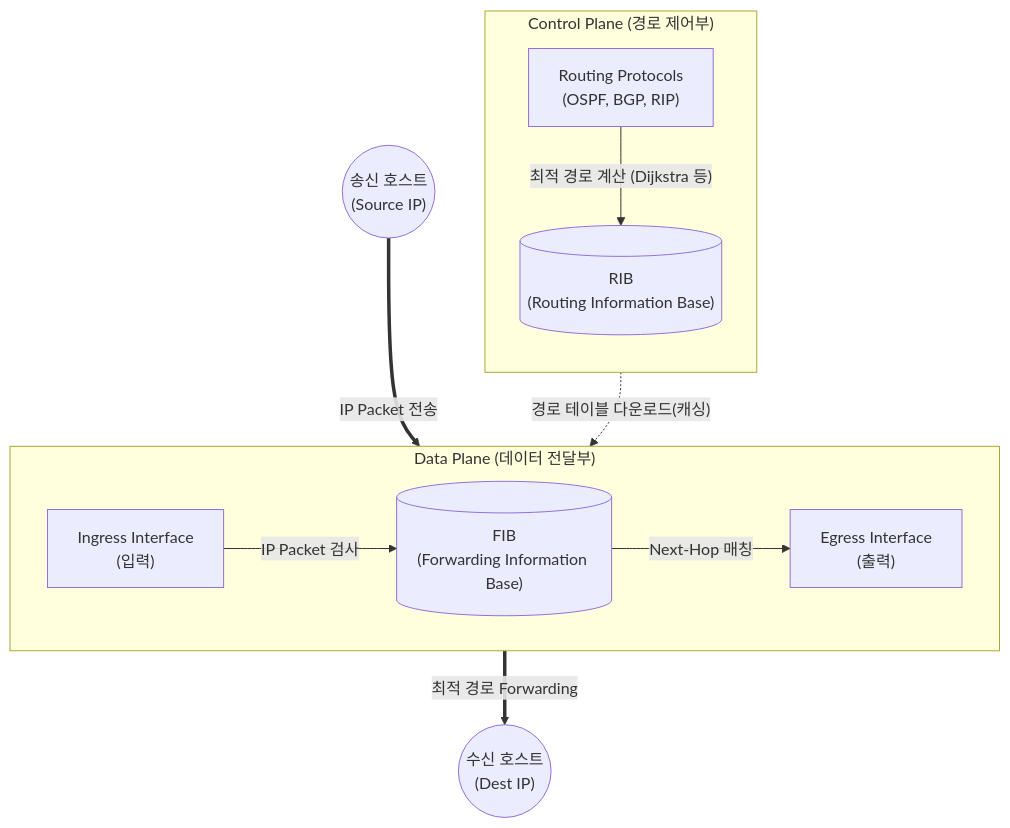
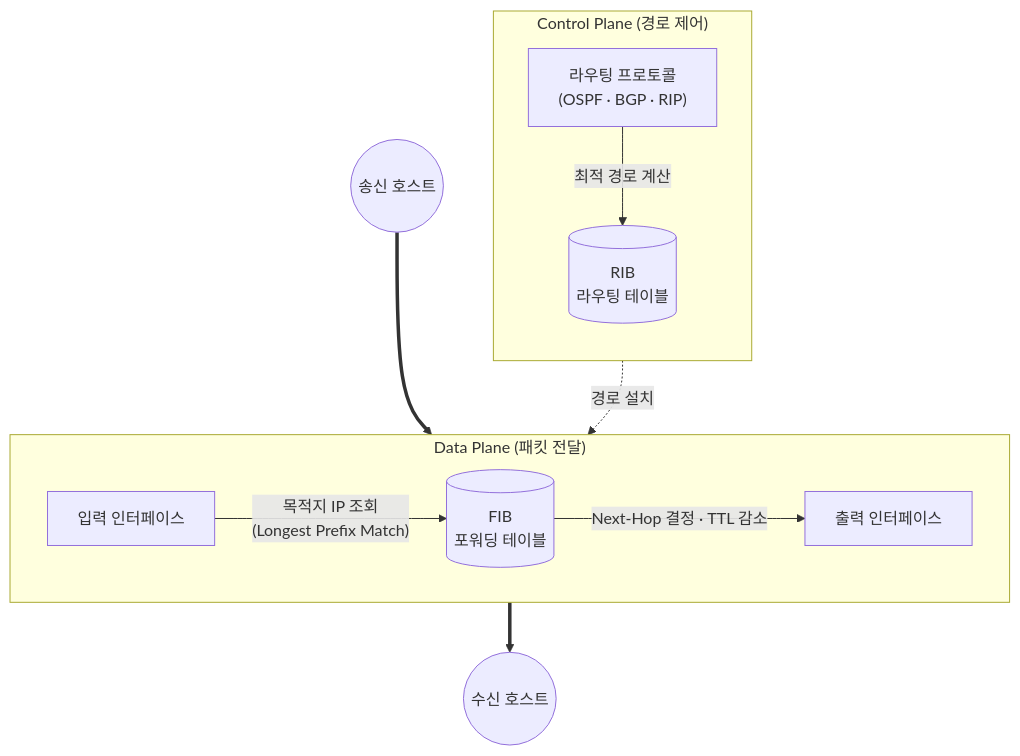
The diagram in content/01_IT Tech/네트워크 계층.md (supremethumb/supremethumb.github.io), drawn with Mermaid before and after one commit. The commit also changed other lines of this file and 1087 other files, not shown here.

````diff
--- a/content/01_IT Tech/네트워크 계층.md
+++ b/content/01_IT Tech/네트워크 계층.md
@@ -23,25 +38,15 @@
 ```mermaid
 flowchart TB
-    subgraph Control_Plane["Control Plane (경로 제어부)"]
+    subgraph CP["Control Plane (경로 제어)"]
         direction TB
-        RP["Routing Protocols<br/>(OSPF, BGP, RIP)"]
-        RIB[("RIB<br/>(Routing Information Base)")]
-        RP -->|"최적 경로 계산 (Dijkstra 등)"| RIB
+        RP["라우팅 프로토콜<br/>(OSPF · BGP · RIP)"] -->|"최적 경로 계산"| RIB[("RIB<br/>라우팅 테이블")]
     end
-
-    subgraph Data_Plane["Data Plane (데이터 전달부)"]
+    subgraph DP["Data Plane (패킷 전달)"]
         direction LR
-        FIB[("FIB<br/>(Forwarding Information Base)")]
-        IF_IN["Ingress Interface<br/>(입력)"]
-        IF_OUT["Egress Interface<br/>(출력)"]
-        
-        IF_IN -->|"IP Packet 검사"| FIB
-        FIB -->|"Next-Hop 매칭"| IF_OUT
+        IN["입력 인터페이스"] -->|"목적지 IP 조회<br/>(Longest Prefix Match)"| FIB[("FIB<br/>포워딩 테이블")]
+        FIB -->|"Next-Hop 결정 · TTL 감소"| OUT["출력 인터페이스"]
     end
-
-    RIB -.->|"경로 테이블 다운로드(캐싱)"| FIB
-    
-    Host_A(("송신 호스트<br/>(Source IP)")) =="IP Packet 전송"==> IF_IN
-    IF_OUT =="최적 경로 Forwarding"==> Host_B(("수신 호스트<br/>(Dest IP)"))
-
+    RIB -.->|"경로 설치"| FIB
+    A(("송신 호스트")) ==> IN
+    OUT ==> B(("수신 호스트"))
 ```
````
